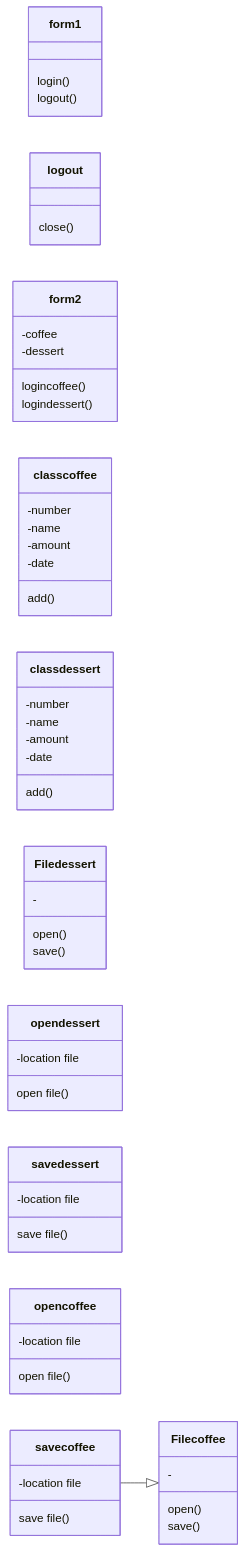
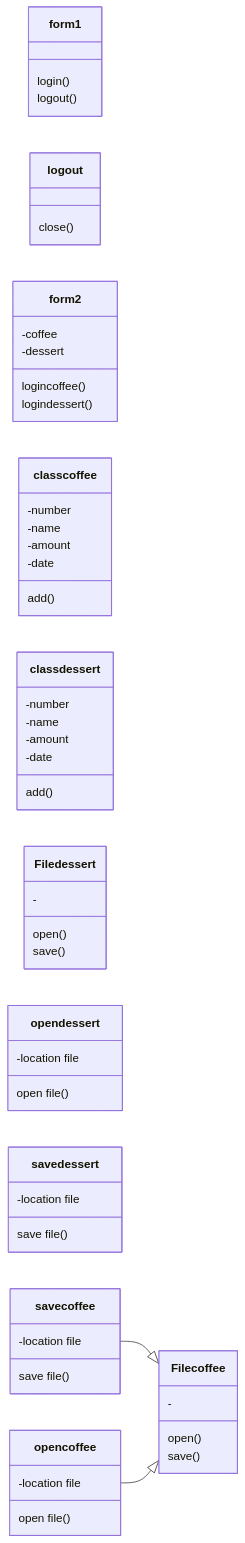
The diagram in README.md (Syxsaran/ReportSalesCoffee), drawn with Mermaid before and after one commit.

````diff
--- a/README.md
+++ b/README.md
@@ -11,58 +11,59 @@
 ```mermaid
 classDiagram
   direction LR
   class form1{
   login()
   logout()
   }
   class logout{
   close()
   }
   class form2{
   -coffee
   -dessert
   logincoffee()
   logindessert()
   }
   class classcoffee{
   -number
   -name
   -amount
   -date
   add()
   }
   class classdessert{
   -number
   -name
   -amount
   -date
   add()
   }
   class Filecoffee{
   -
   open()
   save()
   }
   class Filedessert{
   -
   open()
   save()
   }
   class opendessert{
   -location file
   open file()
   }
   class savedessert{
   -location file
   save file()
   }
   class opencoffee{
   -location file
   open file()
   }
   class savecoffee{
   -location file
   save file()
   }
   savecoffee --|> Filecoffee
+  opencoffee --|> Filecoffee
   ```
````
